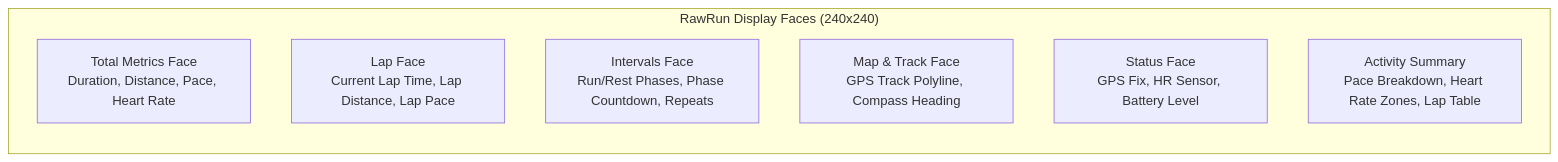
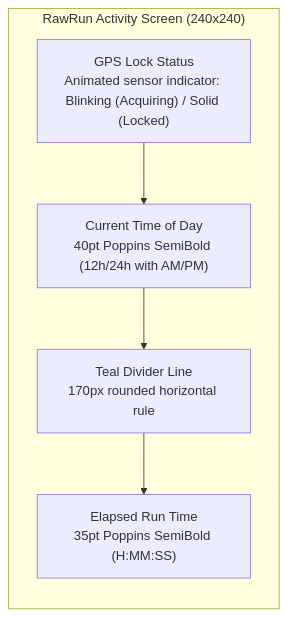
Before and after one commit to hamgammon/RawRun: the first of 2 diagrams in README.md, drawn with Mermaid. The commit also changed other lines of this file and 4 other files, not shown here.

Commit message:
feat: simplify activity to single screen with GPS lock, current time, and elapsed run time

````diff
--- a/README.md
+++ b/README.md
@@ -22,12 +26,11 @@
 ```mermaid
 flowchart TD
-    subgraph RawRun["RawRun Display Faces (240x240)"]
+    subgraph Display["RawRun Activity Screen (240x240)"]
         direction TB
-        TOTAL["Total Metrics Face<br/>Duration, Distance, Pace, Heart Rate"]
-        LAP["Lap Face<br/>Current Lap Time, Lap Distance, Lap Pace"]
-        INTERVALS["Intervals Face<br/>Run/Rest Phases, Phase Countdown, Repeats"]
-        MAP["Map & Track Face<br/>GPS Track Polyline, Compass Heading"]
-        STATUS["Status Face<br/>GPS Fix, HR Sensor, Battery Level"]
-        SUMMARY["Activity Summary<br/>Pace Breakdown, Heart Rate Zones, Lap Table"]
+        GPS["GPS Lock Status<br/>Animated sensor indicator: Blinking (Acquiring) / Solid (Locked)"]
+        TIME["Current Time of Day<br/>40pt Poppins SemiBold (12h/24h with AM/PM)"]
+        DIV["Teal Divider Line<br/>170px rounded horizontal rule"]
+        ELAPSED["Elapsed Run Time<br/>35pt Poppins SemiBold (H:MM:SS)"]
+        GPS --> TIME --> DIV --> ELAPSED
     end
 ```
````
